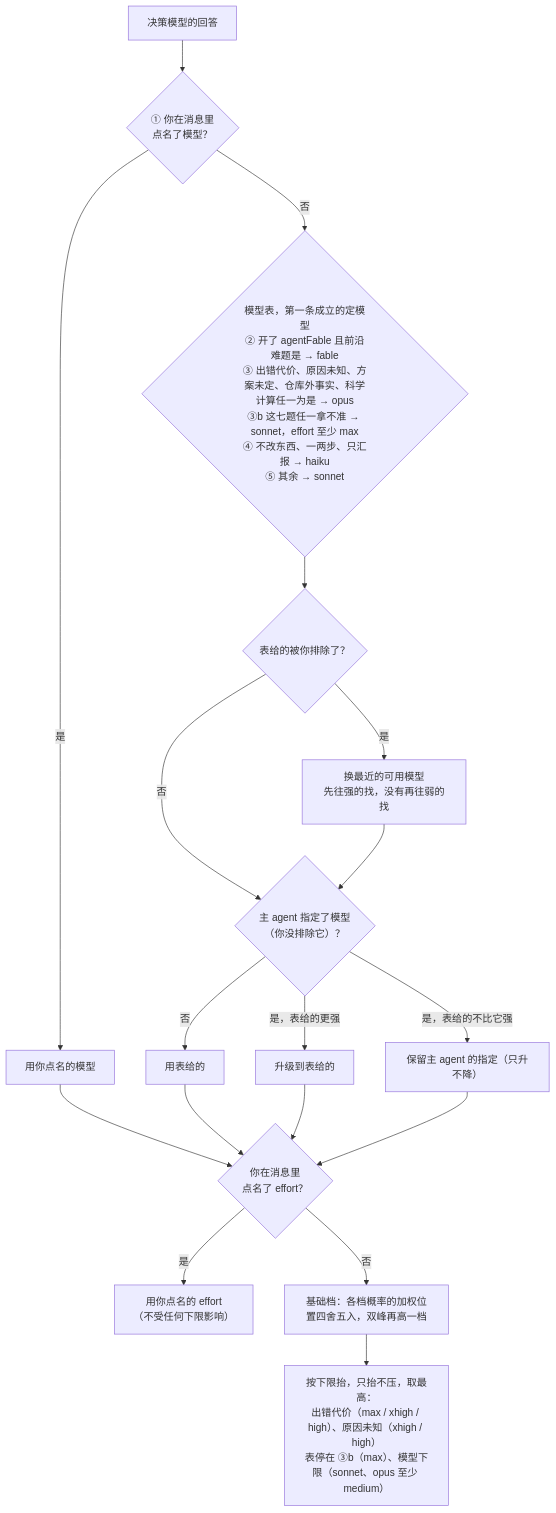
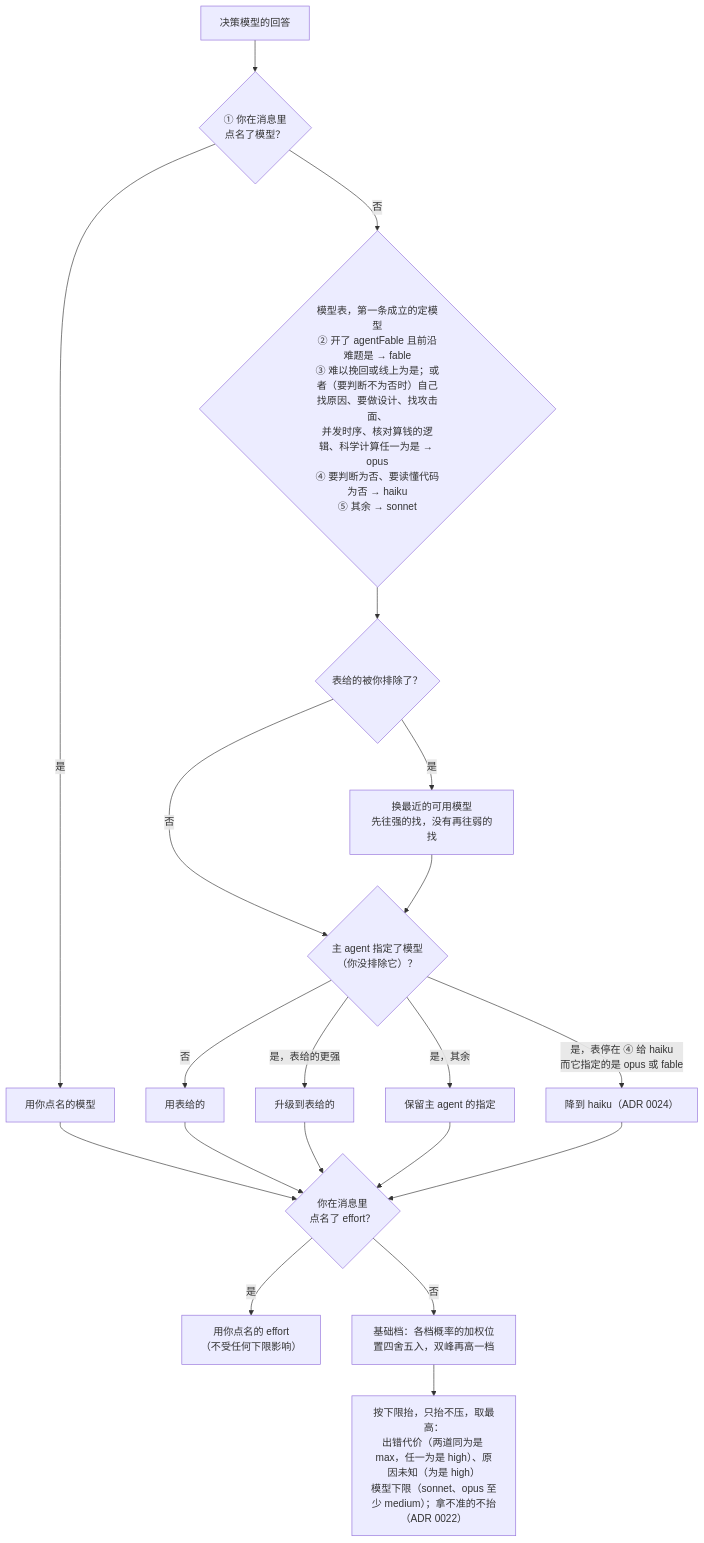
The second of 6 diagrams in docs/dispatch-pilot-routing.md (alexcz-a11y/claude-mods), drawn with Mermaid before and after one commit. The commit also changed other lines of this file and 130 other files, not shown here.

````diff
--- a/docs/dispatch-pilot-routing.md
+++ b/docs/dispatch-pilot-routing.md
@@ -58,22 +58,24 @@
 ```mermaid
 flowchart TD
     A["决策模型的回答"] --> B{"① 你在消息里<br/>点名了模型？"}
     B -- 是 --> M1["用你点名的模型"]
-    B -- 否 --> T{"模型表，第一条成立的定模型<br/>② 开了 agentFable 且前沿难题是 → fable<br/>③ 出错代价、原因未知、方案未定、仓库外事实、科学计算任一为是 → opus<br/>③b 这七题任一拿不准 → sonnet，effort 至少 max<br/>④ 不改东西、一两步、只汇报 → haiku<br/>⑤ 其余 → sonnet"}
+    B -- 否 --> T{"模型表，第一条成立的定模型<br/>② 开了 agentFable 且前沿难题是 → fable<br/>③ 难以挽回或线上为是；或者（要判断不为否时）自己找原因、要做设计、找攻击面、<br/>并发时序、核对算钱的逻辑、科学计算任一为是 → opus<br/>④ 要判断为否、要读懂代码为否 → haiku<br/>⑤ 其余 → sonnet"}
     T --> X{"表给的被你排除了？"}
     X -- 是 --> N["换最近的可用模型<br/>先往强的找，没有再往弱的找"]
     X -- 否 --> C
     N --> C{"主 agent 指定了模型<br/>（你没排除它）？"}
     C -- 否 --> M2["用表给的"]
     C -->|是，表给的更强| M3["升级到表给的"]
-    C -->|是，表给的不比它强| M4["保留主 agent 的指定（只升不降）"]
+    C -->|是，表停在 ④ 给 haiku<br/>而它指定的是 opus 或 fable| M5["降到 haiku（ADR 0024）"]
+    C -->|是，其余| M4["保留主 agent 的指定"]
 
     M1 --> E
     M2 --> E
     M3 --> E
     M4 --> E
+    M5 --> E
     E{"你在消息里<br/>点名了 effort？"}
     E -- 是 --> F1["用你点名的 effort<br/>（不受任何下限影响）"]
     E -- 否 --> F2["基础档：各档概率的加权位置四舍五入，双峰再高一档"]
-    F2 --> G["按下限抬，只抬不压，取最高：<br/>出错代价（max / xhigh / high）、原因未知（xhigh / high）<br/>表停在 ③b（max）、模型下限（sonnet、opus 至少 medium）"]
+    F2 --> G["按下限抬，只抬不压，取最高：<br/>出错代价（两道同为是 max，任一为是 high）、原因未知（为是 high）<br/>模型下限（sonnet、opus 至少 medium）；拿不准的不抬（ADR 0022）"]
 ```
````
